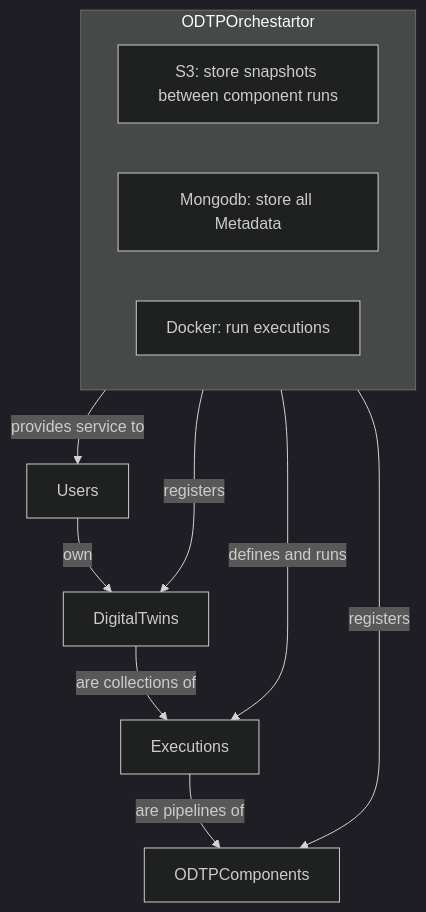
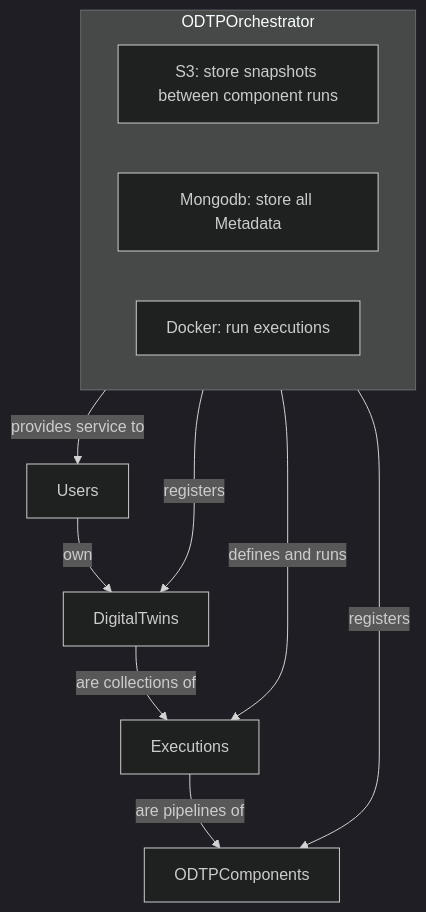
Before and after one commit to odtp-org/odtp-manuals: the diagram in docs/orchestrator/index.md, drawn with Mermaid (dark theme).

Commit message:
fix(orchestrator): spelling in diagram

````diff
--- a/docs/orchestrator/index.md
+++ b/docs/orchestrator/index.md
@@ -5,15 +5,15 @@
 ``` mermaid
 graph TD;
-    ODTPOrchestartor --> |defines and runs| Executions
-    ODTPOrchestartor --> |registers| ODTPComponents
-    ODTPOrchestartor --> |provides service to| Users
-    ODTPOrchestartor --> |registers| DigitalTwins
+    ODTPOrchestrator --> |defines and runs| Executions
+    ODTPOrchestrator --> |registers| ODTPComponents
+    ODTPOrchestrator --> |provides service to| Users
+    ODTPOrchestrator --> |registers| DigitalTwins
     Users --> |own| DigitalTwins
     DigitalTwins --> |are collections of| Executions
     Executions --> |are pipelines of| ODTPComponents
-    subgraph ODTPOrchestartor
+    subgraph ODTPOrchestrator
     Minio[S3: store snapshots between component runs]
     Mongodb[Mongodb: store all Metadata]
     Docker[Docker: run executions]
     end
 ```  
````
